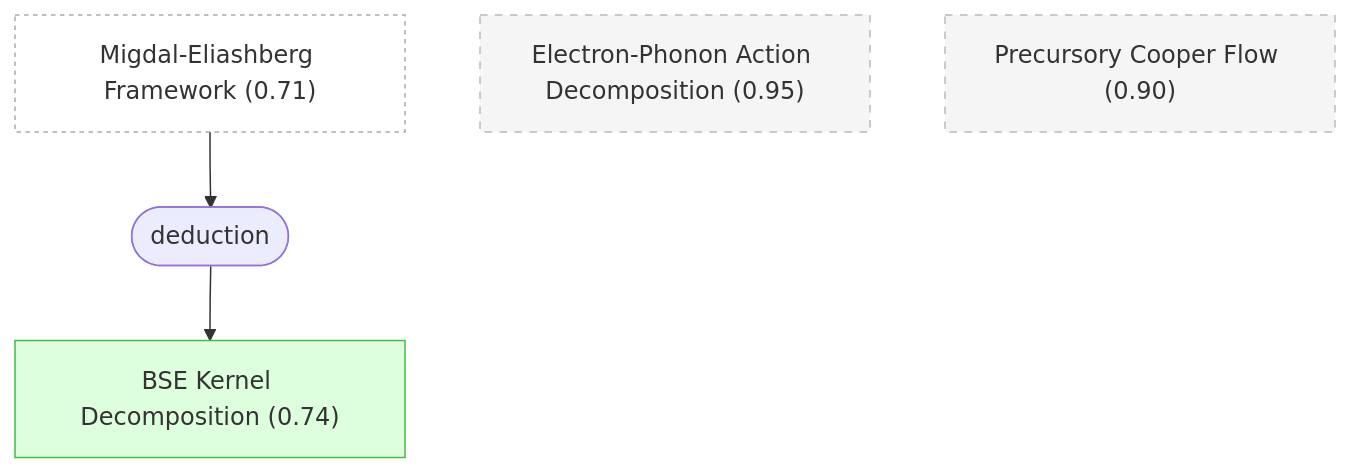
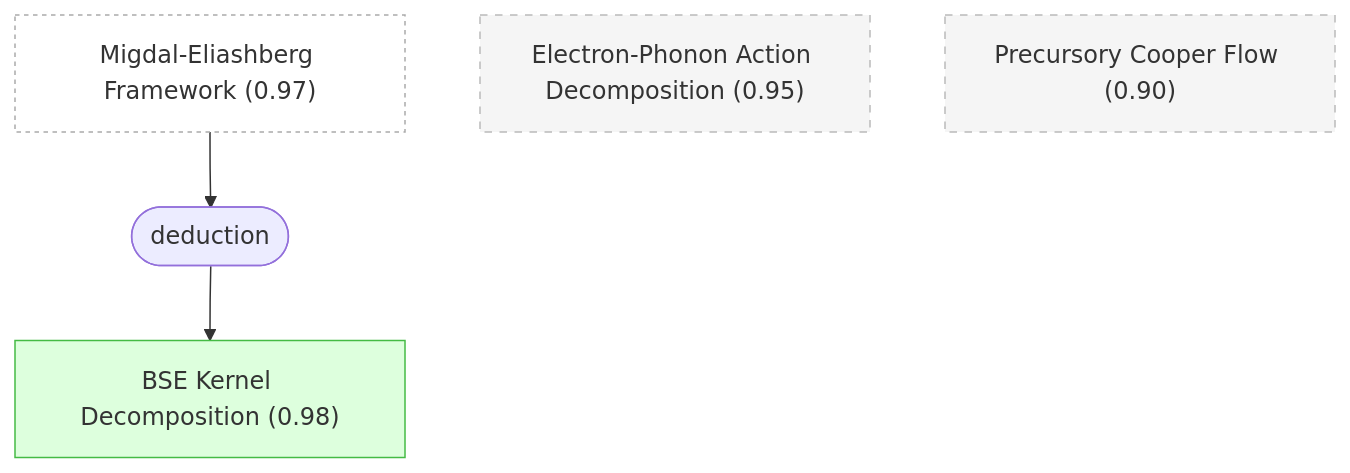
Before and after one commit to kunyuan/SuperconductivityElectronLiquids.gaia: the second of 6 diagrams in docs/detailed-reasoning.md, drawn with Mermaid. The commit also changed other lines of this file and 44 other files, not shown here.

````diff
--- a/docs/detailed-reasoning.md
+++ b/docs/detailed-reasoning.md
@@ -219,20 +219,20 @@
 ```mermaid
 graph TD
-    me_framework["Migdal-Eliashberg Framework (0.71)"]:::external
+    me_framework["Migdal-Eliashberg Framework (0.97)"]:::external
     electron_phonon_action["Electron-Phonon Action Decomposition (0.95)"]:::background
-    bse_kernel_decomposition["BSE Kernel Decomposition (0.74)"]:::derived
+    bse_kernel_decomposition["BSE Kernel Decomposition (0.98)"]:::derived
     precursory_cooper_flow["Precursory Cooper Flow (0.90)"]:::background
     strat_1(["deduction"])
     me_framework --> strat_1
     strat_1 --> bse_kernel_decomposition
 
     classDef setting fill:#f0f0f0,stroke:#999,color:#333
     classDef premise fill:#ddeeff,stroke:#4488bb,color:#333
     classDef derived fill:#ddffdd,stroke:#44bb44,color:#333
     classDef question fill:#fff3dd,stroke:#cc9944,color:#333
     classDef background fill:#f5f5f5,stroke:#bbb,stroke-dasharray: 5 5,color:#333
     classDef orphan fill:#fff,stroke:#ccc,stroke-dasharray: 5 5,color:#333
     classDef external fill:#fff,stroke:#aaa,stroke-dasharray: 3 3,color:#333
     classDef weak fill:#fff9c4,stroke:#f9a825,stroke-dasharray: 5 5,color:#333
     classDef contra fill:#ffebee,stroke:#c62828,color:#333
 ```
````
